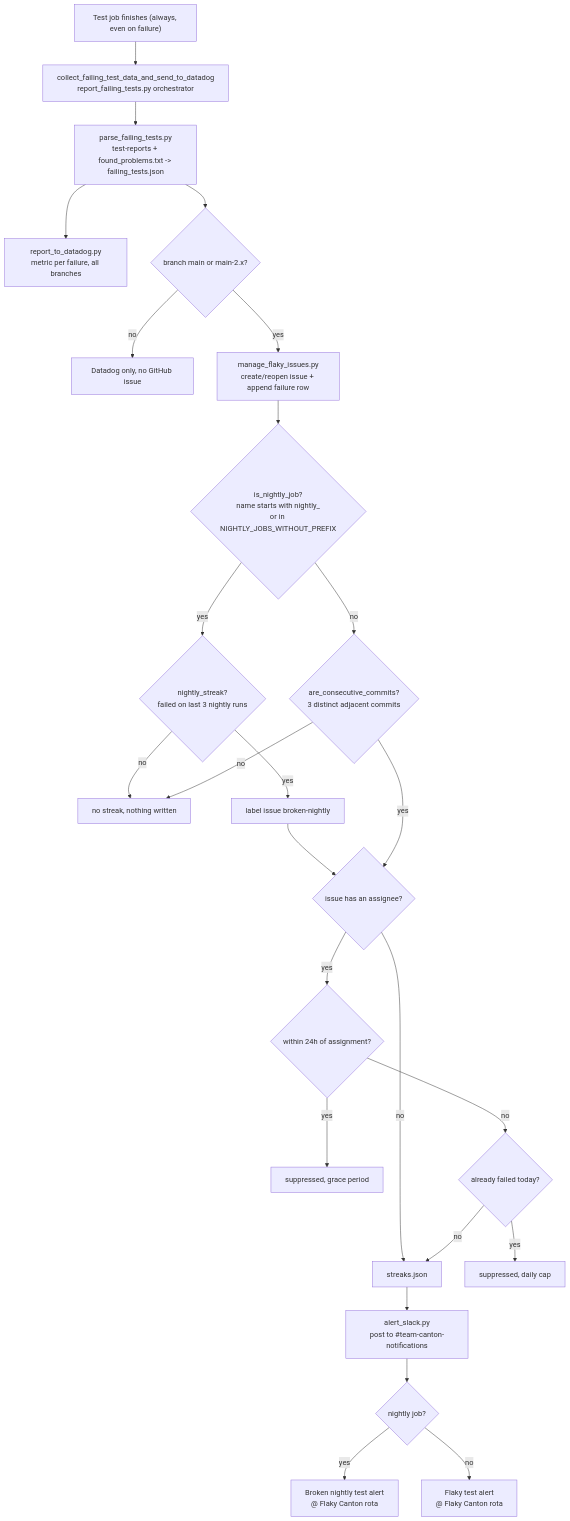
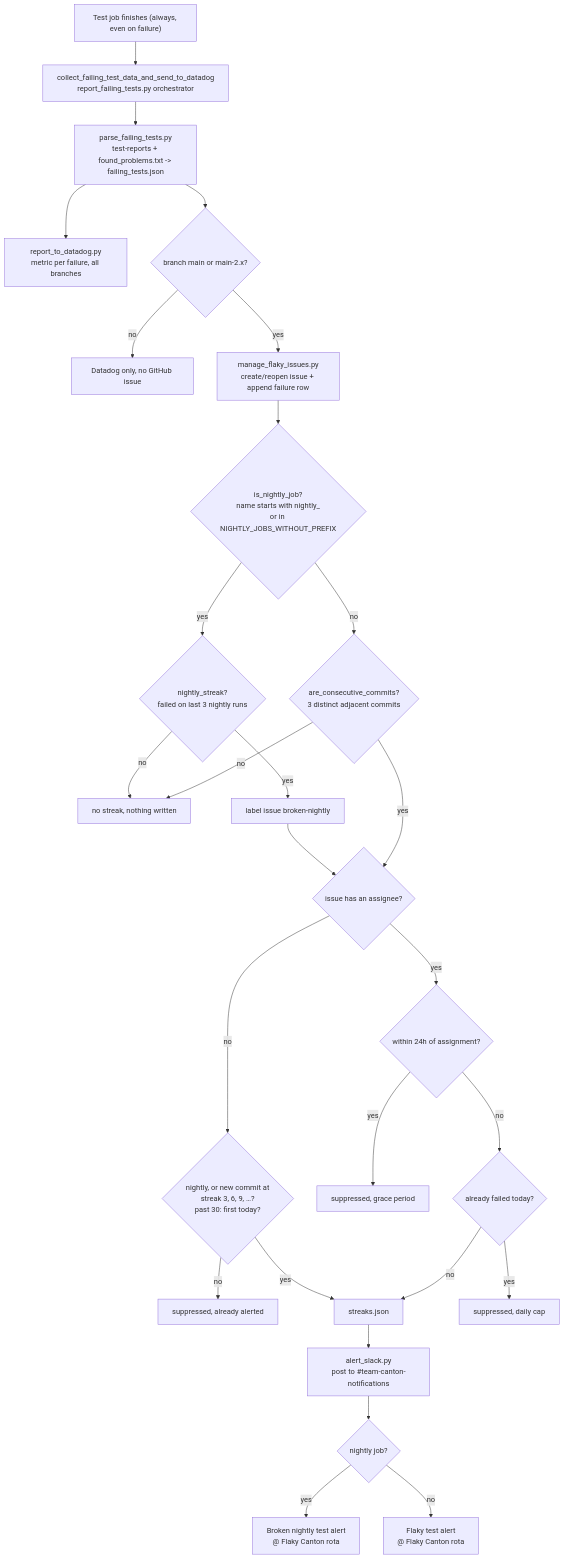
The diagram in scripts/ci/README.md (digital-asset/canton), drawn with Mermaid before and after one commit. The commit also changed other lines of this file and 599 other files, not shown here.

````diff
--- a/scripts/ci/README.md
+++ b/scripts/ci/README.md
@@ -41,30 +41,32 @@
 ```mermaid
 flowchart TD
     A["Test job finishes (always, even on failure)"] --> B["collect_failing_test_data_and_send_to_datadog<br/>report_failing_tests.py orchestrator"]
     B --> C["parse_failing_tests.py<br/>test-reports + found_problems.txt -> failing_tests.json"]
     C --> D["report_to_datadog.py<br/>metric per failure, all branches"]
     C --> E{"branch main or main-2.x?"}
     E -->|no| E1["Datadog only, no GitHub issue"]
     E -->|yes| F["manage_flaky_issues.py<br/>create/reopen issue + append failure row"]
 
     F --> G{"is_nightly_job?<br/>name starts with nightly_<br/>or in NIGHTLY_JOBS_WITHOUT_PREFIX"}
     G -->|yes| H{"nightly_streak?<br/>failed on last 3 nightly runs"}
     G -->|no| I{"are_consecutive_commits?<br/>3 distinct adjacent commits"}
     H -->|no| N["no streak, nothing written"]
     I -->|no| N
     H -->|yes| H1["label issue broken-nightly"]
 
     H1 --> J{"issue has an assignee?"}
     I -->|yes| J
-    J -->|no| K["streaks.json"]
+    J -->|no| J5{"nightly, or new commit at<br/>streak 3, 6, 9, …?<br/>past 30: first today?"}
+    J5 -->|no| J6["suppressed, already alerted"]
+    J5 -->|yes| K["streaks.json"]
     J -->|yes| J2{"within 24h of assignment?"}
     J2 -->|yes| J1["suppressed, grace period"]
     J2 -->|no| J3{"already failed today?"}
     J3 -->|yes| J4["suppressed, daily cap"]
     J3 -->|no| K
 
     K --> L["alert_slack.py<br/>post to #team-canton-notifications"]
     L --> M{"nightly job?"}
     M -->|yes| M1["Broken nightly test alert<br/>@ Flaky Canton rota"]
     M -->|no| M2["Flaky test alert<br/>@ Flaky Canton rota"]
 ```
````
